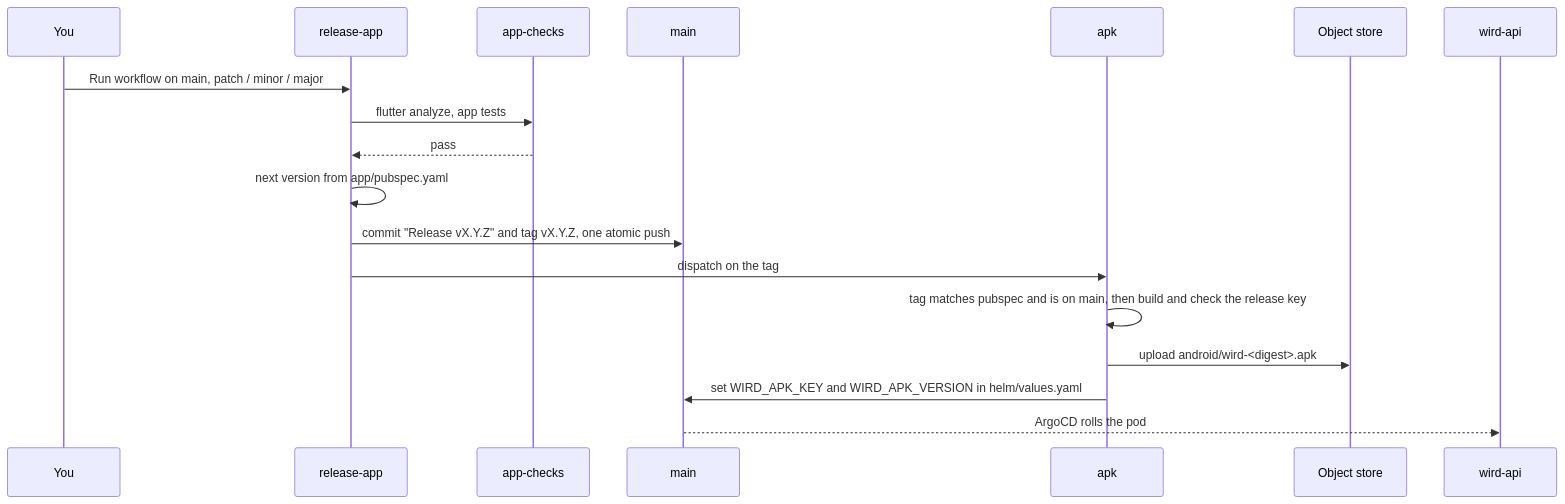
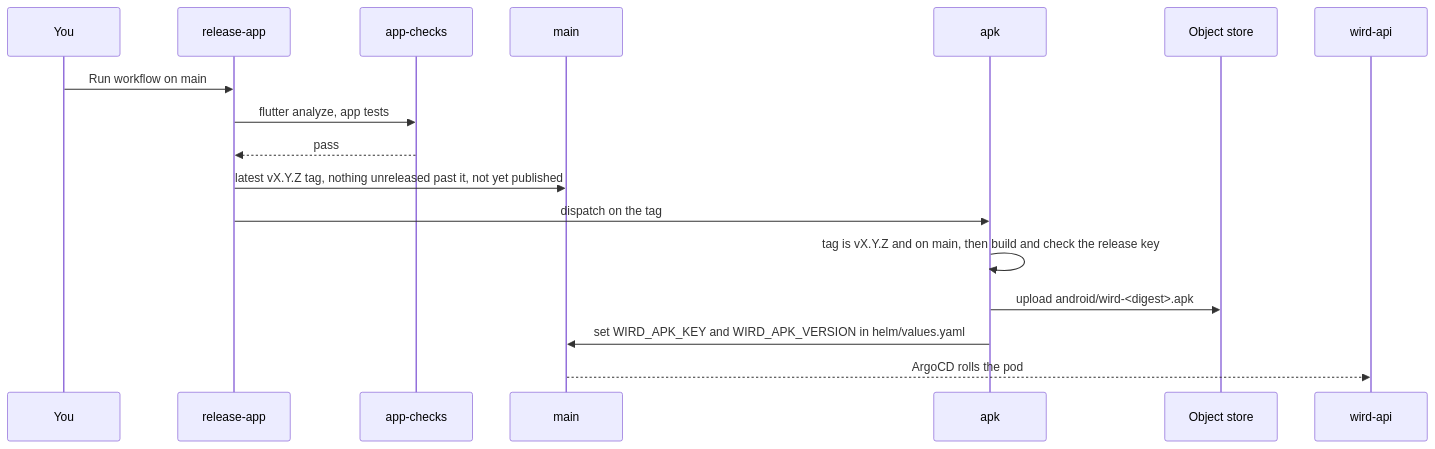
One commit to MohammadBnei/wird changed the diagram in docs/guides/releasing-the-apk.md. Above: the diagram before and after it, drawn with Mermaid. The commit also changed other lines of this file and 40 other files, not shown here.

````diff
--- a/docs/guides/releasing-the-apk.md
+++ b/docs/guides/releasing-the-apk.md
@@ -5,21 +5,20 @@
 ```mermaid
 sequenceDiagram
   participant You
   participant RA as release-app
   participant AC as app-checks
   participant Main as main
   participant APK as apk
   participant OS as Object store
   participant API as wird-api
 
-  You->>RA: Run workflow on main, patch / minor / major
+  You->>RA: Run workflow on main
   RA->>AC: flutter analyze, app tests
   AC-->>RA: pass
-  RA->>RA: next version from app/pubspec.yaml
-  RA->>Main: commit "Release vX.Y.Z" and tag vX.Y.Z, one atomic push
+  RA->>Main: latest vX.Y.Z tag, nothing unreleased past it, not yet published
   RA->>APK: dispatch on the tag
-  APK->>APK: tag matches pubspec and is on main, then build and check the release key
+  APK->>APK: tag is vX.Y.Z and on main, then build and check the release key
   APK->>OS: upload android/wird-<digest>.apk
   APK->>Main: set WIRD_APK_KEY and WIRD_APK_VERSION in helm/values.yaml
   Main-->>API: ArgoCD rolls the pod
 ```
````
